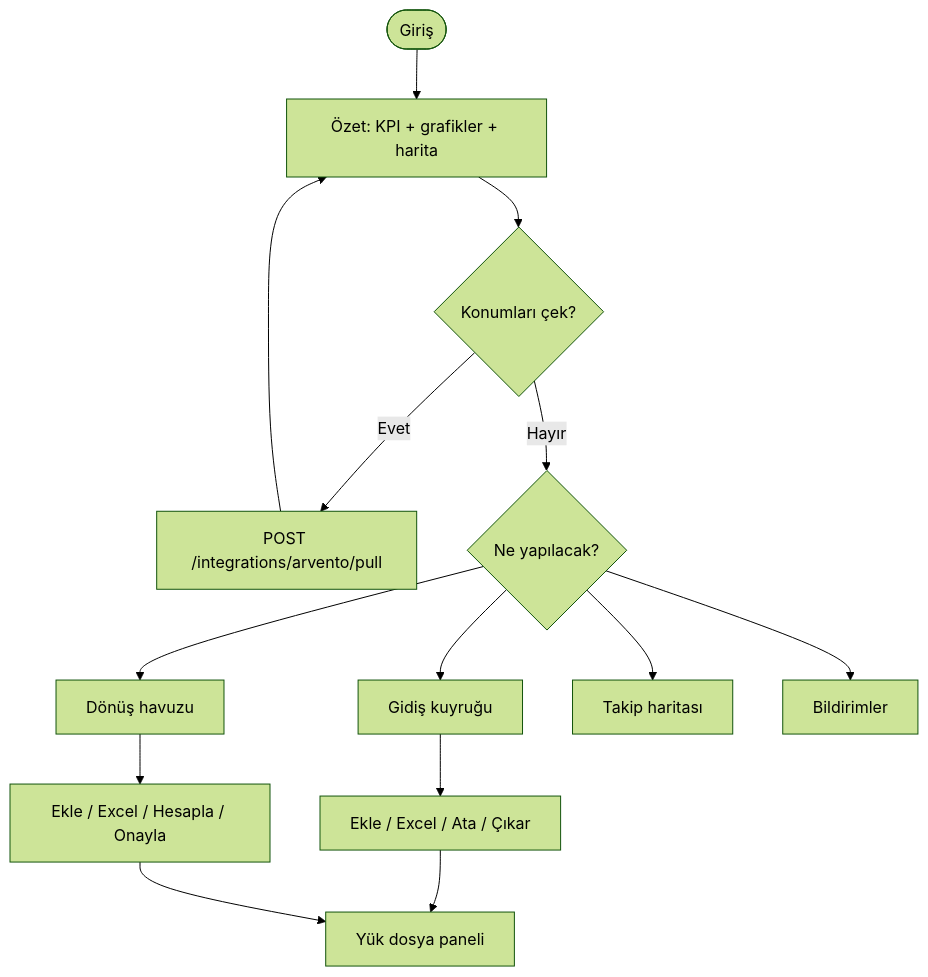
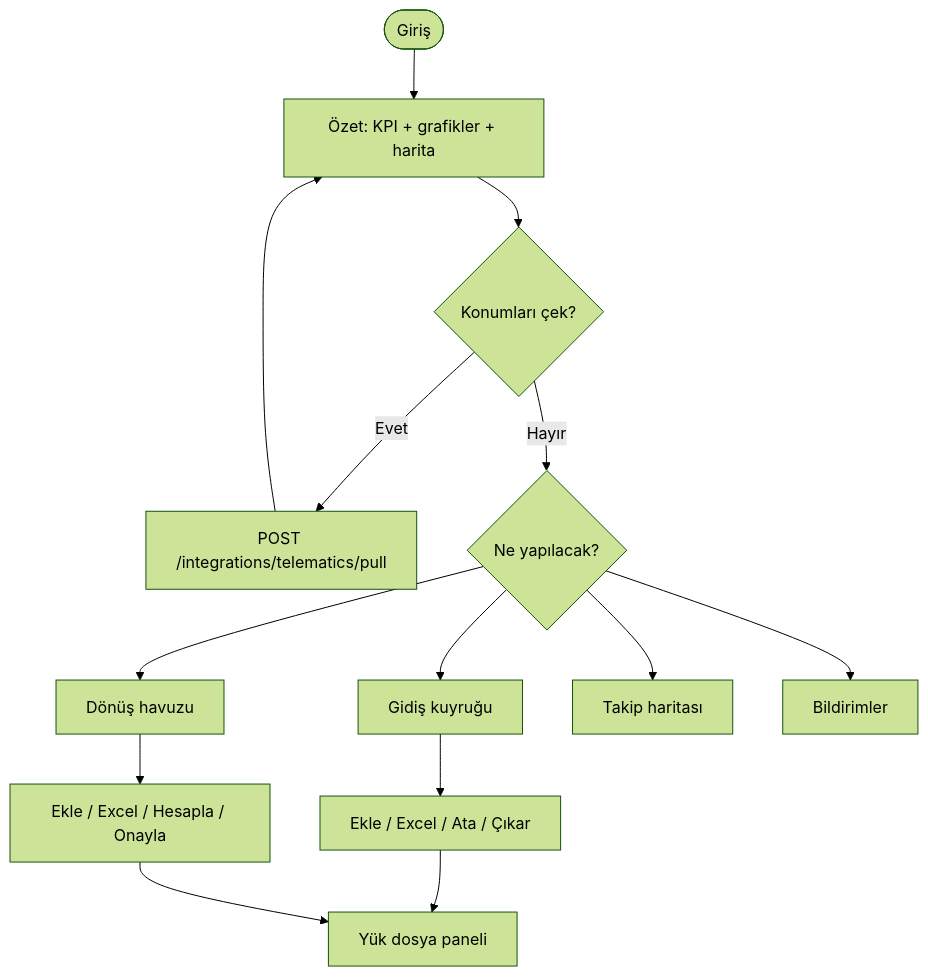
Before and after one commit to muslumcanozata/backhaul: the third of 15 diagrams in docs/workflow.md, drawn with Mermaid (forest theme). The commit also changed other lines of this file and 40 other files, not shown here.

````diff
--- a/docs/workflow.md
+++ b/docs/workflow.md
@@ -103,16 +103,16 @@
 ```mermaid
 flowchart TD
   Start([Giriş]) --> Ozet[Özet: KPI + grafikler + harita]
   Ozet --> Pull{Konumları çek?}
-  Pull -->|Evet| Arvento[POST /integrations/arvento/pull]
+  Pull -->|Evet| Arvento[POST /integrations/telematics/pull]
   Arvento --> Ozet
   Pull -->|Hayır| Branch{Ne yapılacak?}
   Branch --> Gidis[Gidiş kuyruğu]
   Branch --> Donus[Dönüş havuzu]
   Branch --> Takip[Takip haritası]
   Branch --> Uyari[Bildirimler]
   Gidis --> GidisIs[Ekle / Excel / Ata / Çıkar]
   Donus --> DonusIs[Ekle / Excel / Hesapla / Onayla]
   GidisIs --> Dosya[Yük dosya paneli]
   DonusIs --> Dosya
 ```
````
